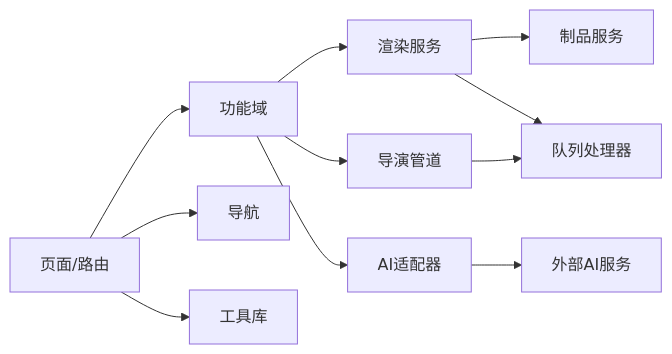
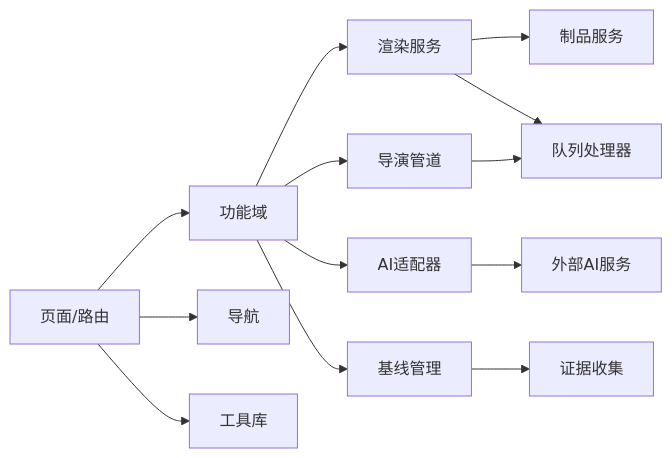
One commit to AIMFllyYS/code-video-canvas changed the seventh of 7 diagrams in .qoder/repowiki/zh/content/开发指南/问题跟踪系统.md. Above: the diagram before and after it, drawn with Mermaid. The commit also changed other lines of this file and 44 other files, not shown here.

````diff
--- a/.qoder/repowiki/zh/content/开发指南/问题跟踪系统.md
+++ b/.qoder/repowiki/zh/content/开发指南/问题跟踪系统.md
@@ -472,13 +519,15 @@
 ```mermaid
 graph LR
 Pages["页面/路由"] --> Features["功能域"]
 Features --> Render["渲染服务"]
 Features --> Director["导演管道"]
 Features --> AI["AI适配器"]
 Render --> Artifacts["制品服务"]
 Director --> Queue["队列处理器"]
 Render --> Queue
 AI --> External["外部AI服务"]
 Pages --> Nav["导航"]
 Pages --> Utils["工具库"]
+Features --> Baseline["基线管理"]
+Baseline --> Evidence["证据收集"]
 ```
````
